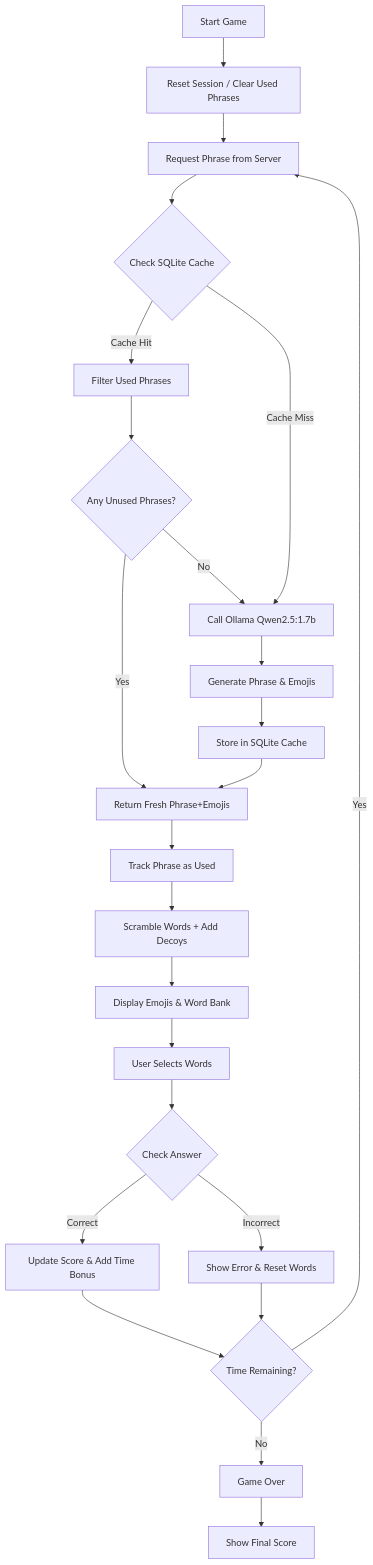
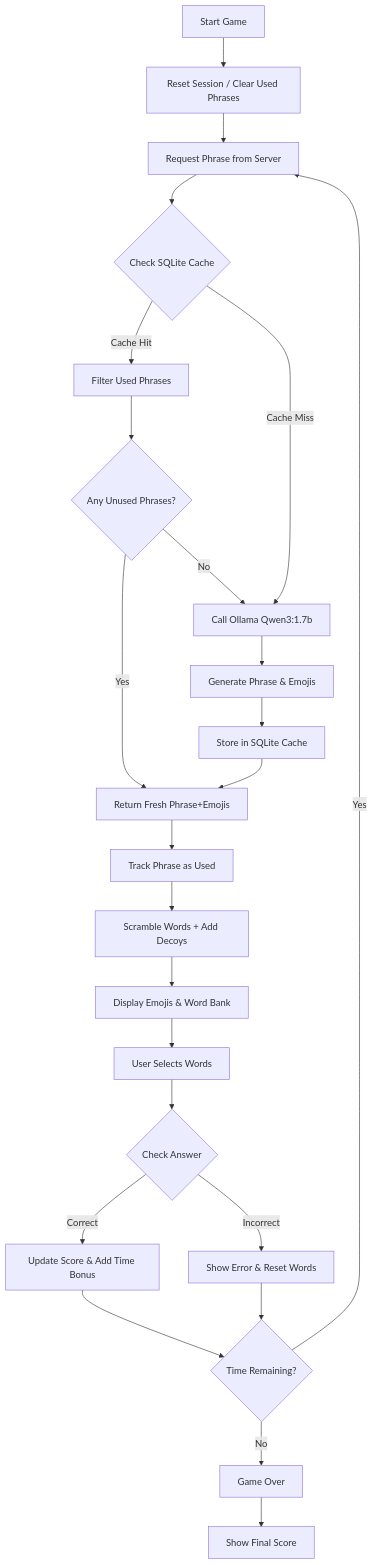
One commit to yogthos/emojiq changed the first of 2 diagrams in architecture.md. Above: the diagram before and after it, drawn with Mermaid. The commit also changed other lines of this file and 4 other files, not shown here.

````diff
--- a/architecture.md
+++ b/architecture.md
@@ -5,26 +5,26 @@
 ```mermaid
 flowchart TD
     A[Start Game] --> B[Reset Session / Clear Used Phrases]
     B --> C[Request Phrase from Server]
     C --> D{Check SQLite Cache}
     D -->|Cache Hit| E[Filter Used Phrases]
-    D -->|Cache Miss| F[Call Ollama Qwen2.5:1.7b]
+    D -->|Cache Miss| F[Call Ollama Qwen3:1.7b]
     E --> G{Any Unused Phrases?}
     G -->|Yes| H[Return Fresh Phrase+Emojis]
     G -->|No| F
     F --> I[Generate Phrase & Emojis]
     I --> J[Store in SQLite Cache]
     J --> H
     H --> K[Track Phrase as Used]
     K --> L[Scramble Words + Add Decoys]
     L --> M[Display Emojis & Word Bank]
     M --> N[User Selects Words]
     N --> O{Check Answer}
     O -->|Correct| P[Update Score & Add Time Bonus]
     O -->|Incorrect| Q[Show Error & Reset Words]
     P --> R{Time Remaining?}
     Q --> R
     R -->|Yes| C
     R -->|No| S[Game Over]
     S --> T[Show Final Score]
 ```
````
